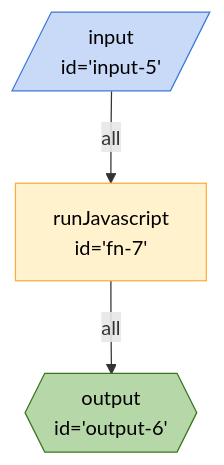
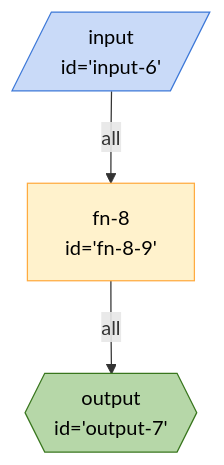
The diagram in seeds/breadboard-web/docs/graphs/new/custom-inline-action.md (breadboard-ai/breadboard), drawn with Mermaid before and after one commit. The commit also changed 7 other files, not shown here.

````diff
--- a/seeds/breadboard-web/docs/graphs/new/custom-inline-action.md
+++ b/seeds/breadboard-web/docs/graphs/new/custom-inline-action.md
@@ -3,14 +3,14 @@
 ```mermaid
 %%{init: 'themeVariables': { 'fontFamily': 'Fira Code, monospace' }}%%
 graph TD;
-fn7["runJavascript <br> id='fn-7'"] -- all --> output6{{"output <br> id='output-6'"}}:::output
-input5[/"input <br> id='input-5'"/]:::input -- all --> fn7["runJavascript <br> id='fn-7'"]
+fn89["fn-8 <br> id='fn-8-9'"] -- all --> output7{{"output <br> id='output-7'"}}:::output
+input6[/"input <br> id='input-6'"/]:::input -- all --> fn89["fn-8 <br> id='fn-8-9'"]
 classDef default stroke:#ffab40,fill:#fff2ccff,color:#000
 classDef input stroke:#3c78d8,fill:#c9daf8ff,color:#000
 classDef output stroke:#38761d,fill:#b6d7a8ff,color:#000
 classDef passthrough stroke:#a64d79,fill:#ead1dcff,color:#000
 classDef slot stroke:#a64d79,fill:#ead1dcff,color:#000
 classDef config stroke:#a64d79,fill:#ead1dcff,color:#000
 classDef secrets stroke:#db4437,fill:#f4cccc,color:#000
 classDef slotted stroke:#a64d79
 ```
````
